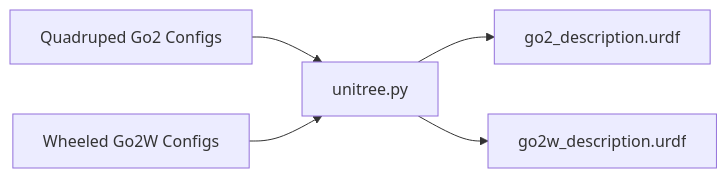
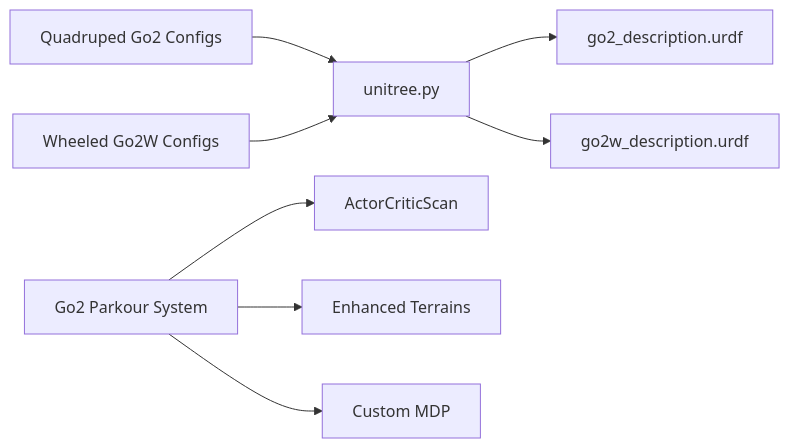
One commit to jayjayhust/robot_lab changed the tenth of 10 diagrams in .qoder/repowiki/en/content/Robot Categories and Models/Quadruped Robots/Unitree Go2 Series.md. Above: the diagram before and after it, drawn with Mermaid. The commit also changed other lines of this file and 17 other files, not shown here.

````diff
--- a/.qoder/repowiki/en/content/Robot Categories and Models/Quadruped Robots/Unitree Go2 Series.md
+++ b/.qoder/repowiki/en/content/Robot Categories and Models/Quadruped Robots/Unitree Go2 Series.md
@@ -232,7 +377,10 @@
 ```mermaid
 graph LR
 QCfg["Quadruped Go2 Configs"] --> UAsset["unitree.py"]
 WCfg["Wheeled Go2W Configs"] --> UAsset
 UAsset --> URDFG["go2_description.urdf"]
 UAsset --> URDFGW["go2w_description.urdf"]
+GOParkour["Go2 Parkour System"] --> ActorNet["ActorCriticScan"]
+GOParkour --> TerrainGen["Enhanced Terrains"]
+GOParkour --> CustomMDP["Custom MDP"]
 ```
````
